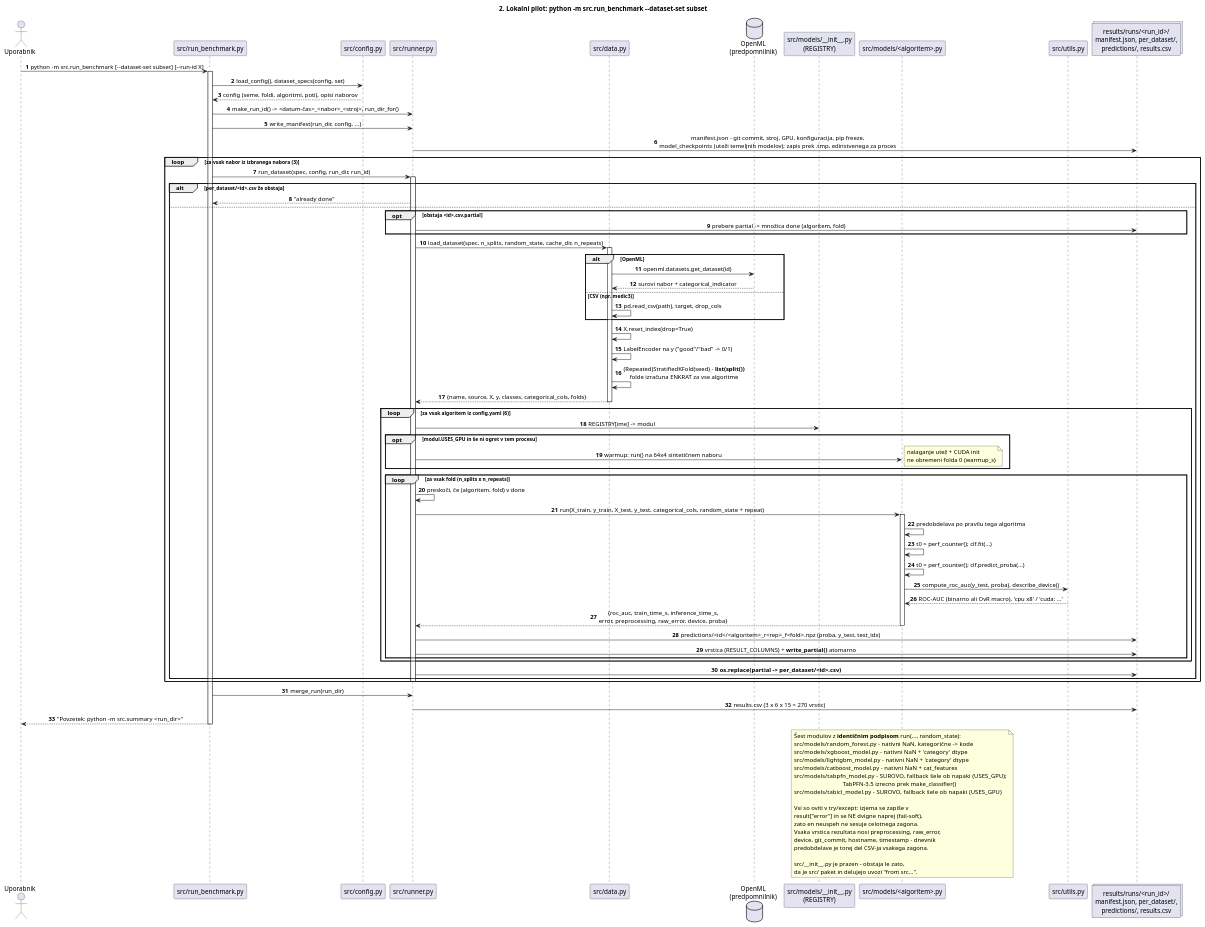
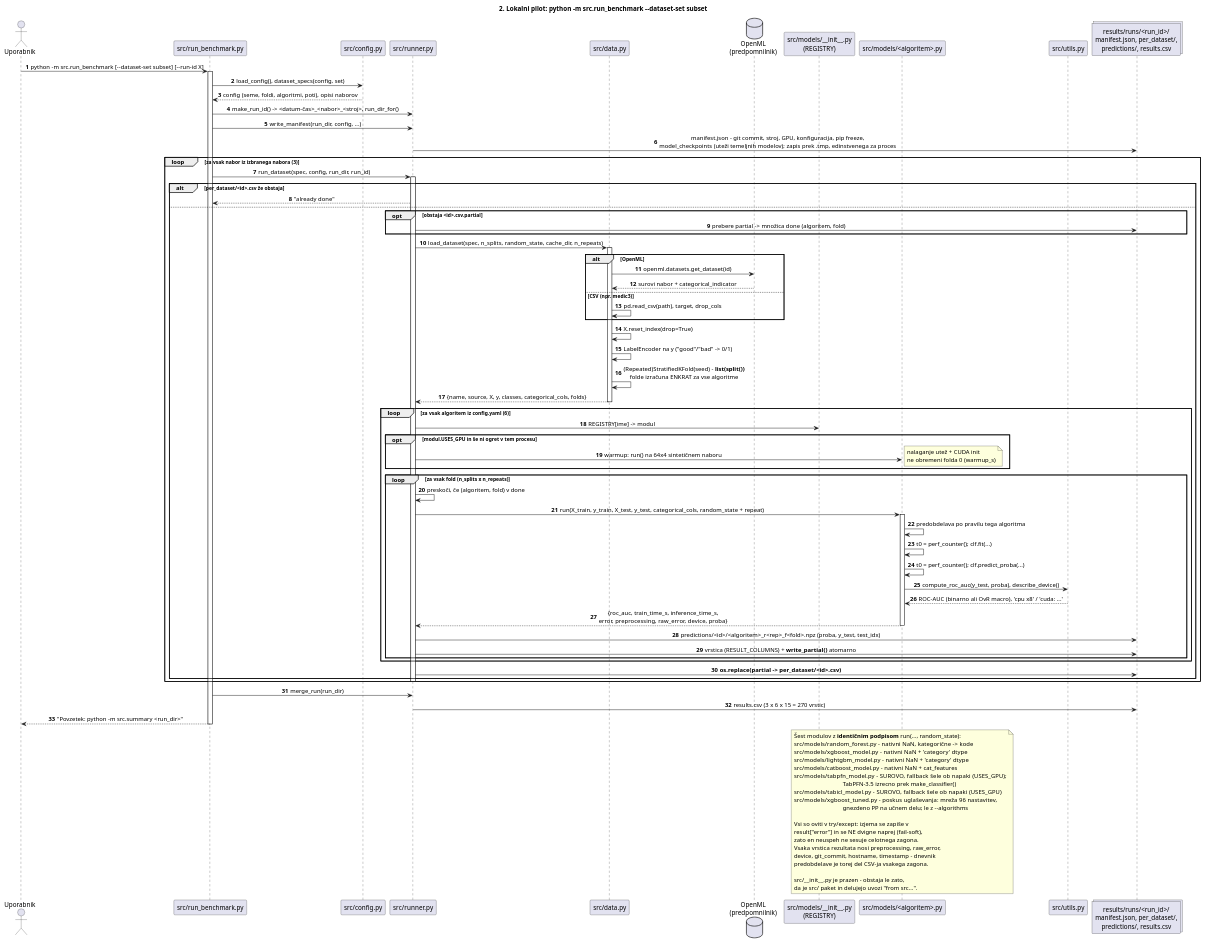
The second of 4 diagrams in razlaga_repozitorija/zaporedje.puml (TilenZrnec/Diplomsko-delo_Koda), drawn with PlantUML before and after one commit. The commit also changed other lines of this file and 7 other files, not shown here.

```diff
--- a/razlaga_repozitorija/zaporedje.puml
+++ b/razlaga_repozitorija/zaporedje.puml
@@ -95,102 +102,104 @@
 @startuml 02_lokalni_pilot
 title 2. Lokalni pilot: python -m src.run_benchmark ~--dataset-set subset
 
 skinparam sequenceMessageAlign center
 autonumber
 
 actor "Uporabnik" as U
 participant "src/run_benchmark.py" as BENCH
 participant "src/config.py" as CFGPY
 participant "src/runner.py" as RUN
 participant "src/data.py" as DATA
 database "OpenML\n(predpomnilnik)" as OML
 participant "src/models/~__init~__.py\n(REGISTRY)" as REG
 participant "src/models/<algoritem>.py" as MODEL
 participant "src/utils.py" as UTILS
 collections "results/runs/<run_id>/\nmanifest.json, per_dataset/,\npredictions/, results.csv" as OUT
 
 U -> BENCH : python -m src.run_benchmark [~--dataset-set subset] [~--run-id X]
 activate BENCH
 
 BENCH -> CFGPY : load_config(), dataset_specs(config, set)
 CFGPY --> BENCH : config (seme, foldi, algoritmi, poti), opisi naborov
 BENCH -> RUN : make_run_id() -> <datum-čas>_<nabor>_<stroj>, run_dir_for()
 BENCH -> RUN : write_manifest(run_dir, config, ...)
 RUN -> OUT : manifest.json - git commit, stroj, GPU, konfiguracija, pip freeze,\nmodel_checkpoints (uteži temeljnih modelov); zapis prek .tmp, edinstvenega za proces
 
 loop za vsak nabor iz izbranega nabora (3)
     BENCH -> RUN : run_dataset(spec, config, run_dir, run_id)
     activate RUN
     alt per_dataset/<id>.csv že obstaja
         RUN --> BENCH : "already done"
     else
         opt obstaja <id>.csv.partial
             RUN -> OUT : prebere partial -> množica done (algoritem, fold)
         end
         RUN -> DATA : load_dataset(spec, n_splits, random_state, cache_dir, n_repeats)
         activate DATA
         alt OpenML
             DATA -> OML : openml.datasets.get_dataset(id)
             OML --> DATA : surovi nabor + categorical_indicator
         else CSV (npr. medic3)
             DATA -> DATA : pd.read_csv(path), target, drop_cols
         end
         DATA -> DATA : X.reset_index(drop=True)
         DATA -> DATA : LabelEncoder na y ("good"/"bad" -> 0/1)
         DATA -> DATA : (Repeated)StratifiedKFold(seed) - **list(split())**\nfolde izračuna ENKRAT za vse algoritme
         DATA --> RUN : {name, source, X, y, classes, categorical_cols, folds}
         deactivate DATA
 
         loop za vsak algoritem iz config.yaml (6)
             RUN -> REG : REGISTRY[ime] -> modul
             opt modul.USES_GPU in še ni ogret v tem procesu
                 RUN -> MODEL : warmup: run() na 64x4 sintetičnem naboru
                 note right: nalaganje utež + CUDA init\nne obremeni folda 0 (warmup_s)
             end
             loop za vsak fold (n_splits x n_repeats)
                 RUN -> RUN : preskoči, če (algoritem, fold) v done
                 RUN -> MODEL : run(X_train, y_train, X_test, y_test, categorical_cols, random_state + repeat)
                 activate MODEL
                 MODEL -> MODEL : predobdelava po pravilu tega algoritma
                 MODEL -> MODEL : t0 = perf_counter(); clf.fit(...)
                 MODEL -> MODEL : t0 = perf_counter(); clf.predict_proba(...)
                 MODEL -> UTILS : compute_roc_auc(y_test, proba), describe_device()
                 UTILS --> MODEL : ROC-AUC (binarno ali OvR macro), 'cpu x8' / 'cuda: ...'
                 MODEL --> RUN : {roc_auc, train_time_s, inference_time_s,\nerror, preprocessing, raw_error, device, proba}
                 deactivate MODEL
                 RUN -> OUT : predictions/<id>/<algoritem>_r<rep>_f<fold>.npz (proba, y_test, test_idx)
                 RUN -> OUT : vrstica (RESULT_COLUMNS) + **write_partial()** atomarno
             end
         end
         RUN -> OUT : **os.replace(partial -> per_dataset/<id>.csv)**
     end
     deactivate RUN
 end
 
 BENCH -> RUN : merge_run(run_dir)
 RUN -> OUT : results.csv (3 x 6 x 15 = 270 vrstic)
 BENCH --> U : "Povzetek: python -m src.summary <run_dir>"
 deactivate BENCH
 
 note over MODEL
   Šest modulov z **identičnim podpisom** run(..., random_state):
   src/models/random_forest.py   - nativni NaN, kategorične -> kode
   src/models/xgboost_model.py   - nativni NaN + 'category' dtype
   src/models/lightgbm_model.py  - nativni NaN + 'category' dtype
   src/models/catboost_model.py  - nativni NaN + cat_features
   src/models/tabpfn_model.py    - SUROVO, fallback šele ob napaki (USES_GPU);
                                   TabPFN-3.5 izrecno prek make_classifier()
   src/models/tabicl_model.py    - SUROVO, fallback šele ob napaki (USES_GPU)
+  src/models/xgboost_tuned.py   - poskus uglaševanja: mreža 96 nastavitev,
+                                  gnezdeno PP na učnem delu; le z ~--algorithms
 
   Vsi so oviti v try/except: izjema se zapiše v
   result["error"] in se NE dvigne naprej (fail-soft),
   zato en neuspeh ne sesuje celotnega zagona.
   Vsaka vrstica rezultata nosi preprocessing, raw_error,
   device, git_commit, hostname, timestamp - dnevnik
   predobdelave je torej del CSV-ja vsakega zagona.
 
   src/~__init~__.py je prazen - obstaja le zato,
   da je src/ paket in delujejo uvozi "from src...".
 end note
 
 @enduml
```
